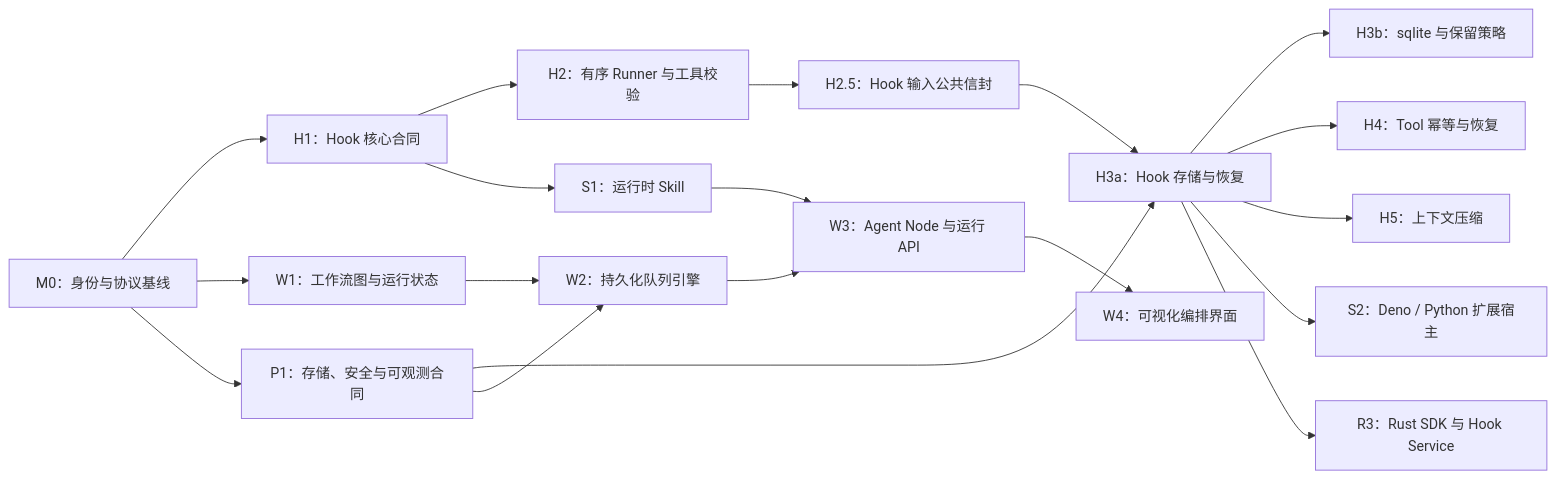
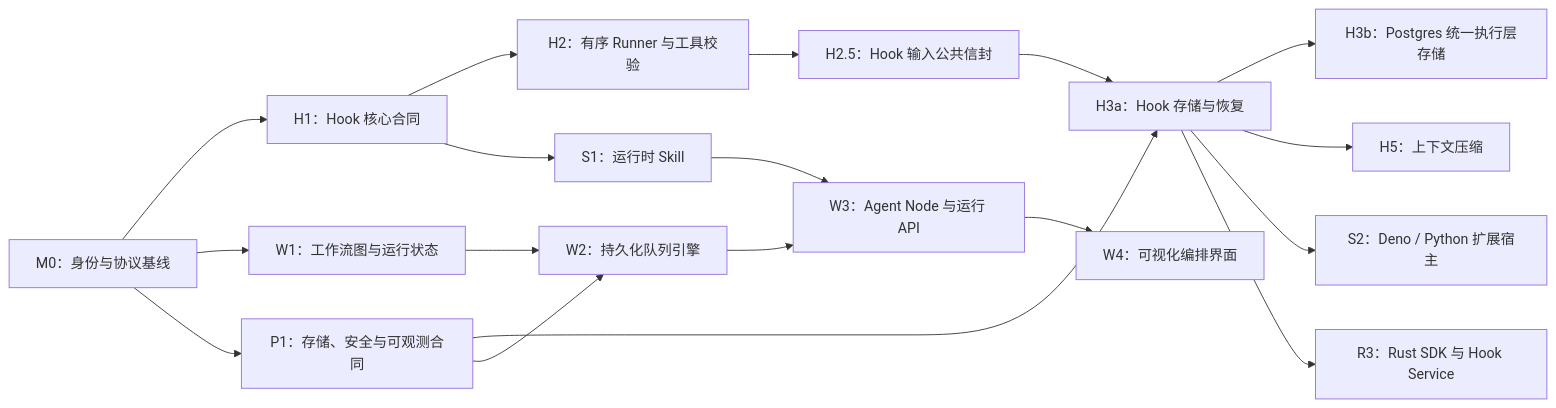
Before and after one commit to time-gift24/stratum: the diagram in TODO.md, drawn with Mermaid. The commit also changed other lines of this file and 224 other files, not shown here.

````diff
--- a/TODO.md
+++ b/TODO.md
@@ -21,24 +21,23 @@
 ```mermaid
 flowchart LR
     M0["M0：身份与协议基线"] --> H1["H1：Hook 核心合同"]
     H1 --> H2["H2：有序 Runner 与工具校验"]
     H2 --> H25["H2.5：Hook 输入公共信封"]
     H25 --> H3["H3a：Hook 存储与恢复"]
-    H3 --> H3B["H3b：sqlite 与保留策略"]
-    H3 --> H4["H4：Tool 幂等与恢复"]
+    H3 --> H3B["H3b：Postgres 统一执行层存储"]
     H3 --> H5["H5：上下文压缩"]
     H3 --> S2["S2：Deno / Python 扩展宿主"]
     H3 --> R3["R3：Rust SDK 与 Hook Service"]
 
     M0 --> W1["W1：工作流图与运行状态"]
     W1 --> W2["W2：持久化队列引擎"]
     W2 --> W3["W3：Agent Node 与运行 API"]
     W3 --> W4["W4：可视化编排界面"]
 
     H1 --> S1["S1：运行时 Skill"]
     S1 --> W3
 
     M0 --> P1["P1：存储、安全与可观测合同"]
     P1 --> H3
     P1 --> W2
 ```
````
